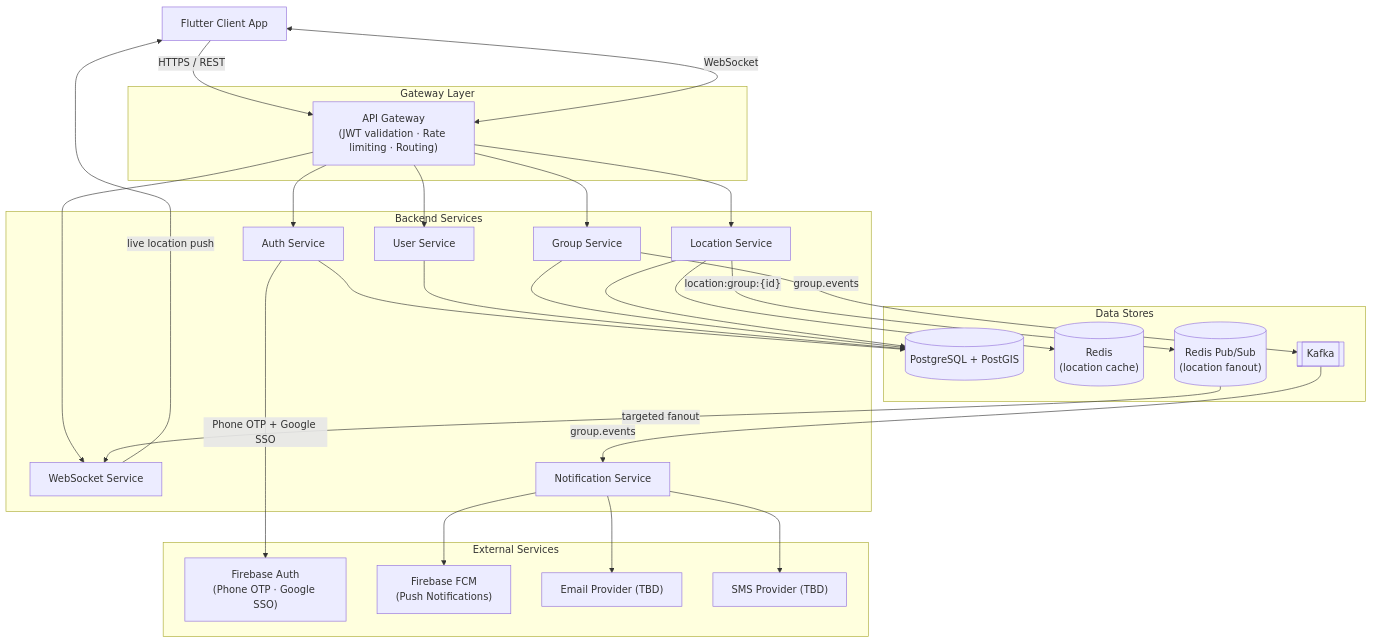
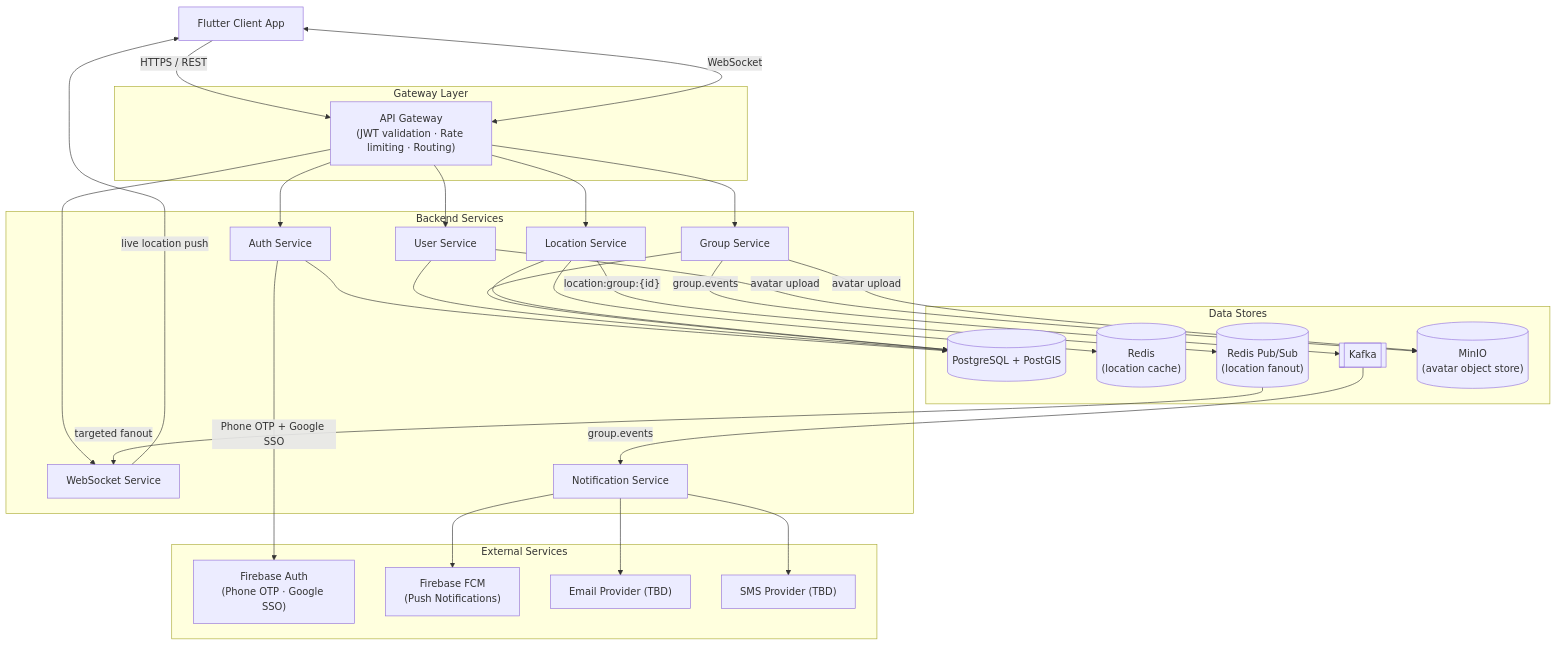
The diagram in .claude/high_level_architecture.md (swapnilgt/track-my-buds), drawn with Mermaid before and after one commit. The commit also changed other lines of this file and 4 other files, not shown here.

````diff
--- a/.claude/high_level_architecture.md
+++ b/.claude/high_level_architecture.md
@@ -10,60 +10,63 @@
 ```mermaid
 graph TD
     App["Flutter Client App"]
 
     subgraph Gateway Layer
         GW["API Gateway\n(JWT validation · Rate limiting · Routing)"]
     end
 
     subgraph Backend Services
         AuthSvc["Auth Service"]
         UserSvc["User Service"]
         GroupSvc["Group Service"]
         LocationSvc["Location Service"]
         WSSvc["WebSocket Service"]
         NotifSvc["Notification Service"]
     end
 
     subgraph Data Stores
         PG[("PostgreSQL + PostGIS")]
         RedisCache[("Redis\n(location cache)")]
         RedisPubSub[("Redis Pub/Sub\n(location fanout)")]
         Kafka[["Kafka"]]
+        Blob[("MinIO\n(avatar object store)")]
     end
 
     subgraph External Services
         FirebaseAuth["Firebase Auth\n(Phone OTP · Google SSO)"]
         FCM["Firebase FCM\n(Push Notifications)"]
         EmailProv["Email Provider (TBD)"]
         SMSProv["SMS Provider (TBD)"]
     end
 
     App -->|"HTTPS / REST"| GW
     App <-->|"WebSocket"| GW
 
     GW --> AuthSvc
     GW --> UserSvc
     GW --> GroupSvc
     GW --> LocationSvc
     GW --> WSSvc
 
     AuthSvc -->|"Phone OTP + Google SSO"| FirebaseAuth
 
     AuthSvc --> PG
     UserSvc --> PG
+    UserSvc -->|"avatar upload"| Blob
     GroupSvc --> PG
+    GroupSvc -->|"avatar upload"| Blob
     LocationSvc --> PG
     LocationSvc --> RedisCache
     LocationSvc -->|"location:group:{id}"| RedisPubSub
 
     GroupSvc -->|"group.events"| Kafka
 
     Kafka -->|"group.events"| NotifSvc
     RedisPubSub -->|"targeted fanout"| WSSvc
 
     WSSvc -->|"live location push"| App
 
     NotifSvc --> FCM
     NotifSvc --> EmailProv
     NotifSvc --> SMSProv
 ```
````
